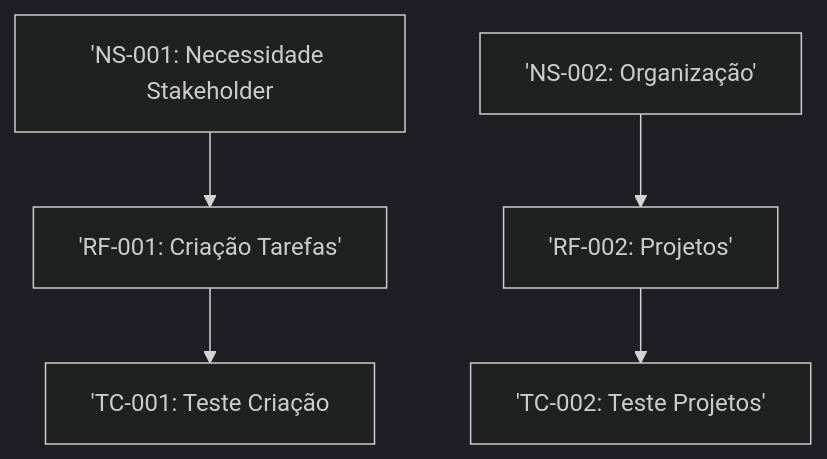
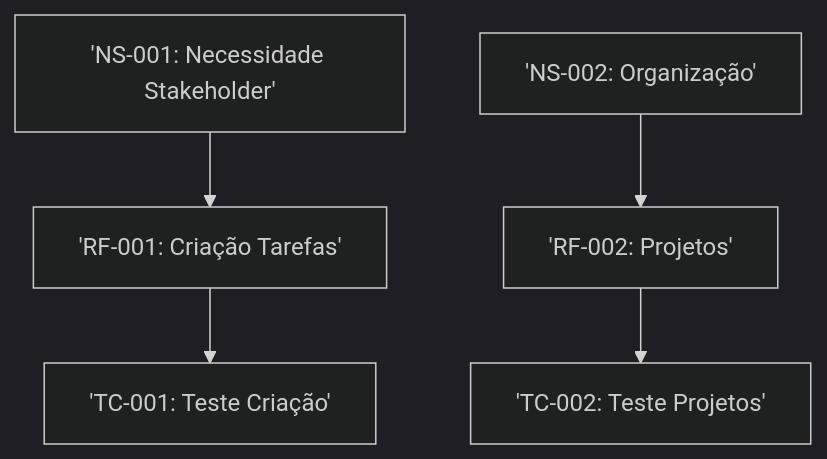
The diagram in README.md (rafaelgazola/DocumentacaoRequisitos), drawn with Mermaid (dark theme) before and after one commit. The commit also changed other lines of this file, not shown here.

Commit message:
08.04.2026 - Atualização

````diff
--- a/README.md
+++ b/README.md
@@ -103,11 +103,11 @@
 ```mermaid
 
 graph TD
 
-    NS001['NS-001: Necessidade Stakeholder] --> RF001['RF-001: Criação Tarefas']
-    RF001 --> TC001['TC-001: Teste Criação]
+    NS001['NS-001: Necessidade Stakeholder'] --> RF001['RF-001: Criação Tarefas']
+    RF001 --> TC001['TC-001: Teste Criação']
 
     NS002['NS-002: Organização'] --> RF002['RF-002: Projetos']
     RF002 --> TC002['TC-002: Teste Projetos']
 
 ```
````
